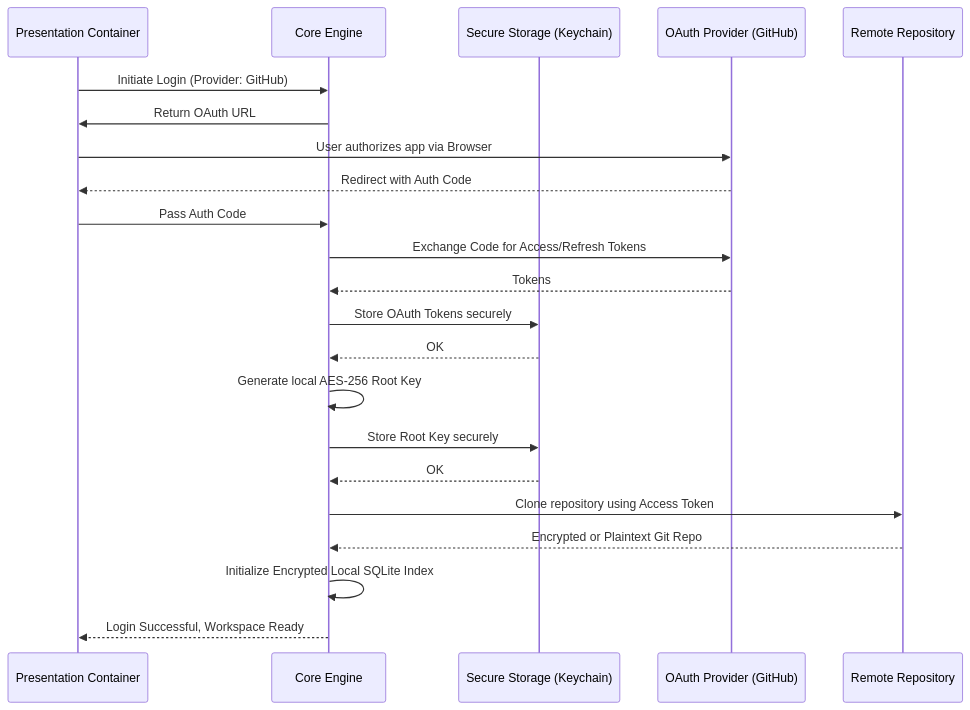
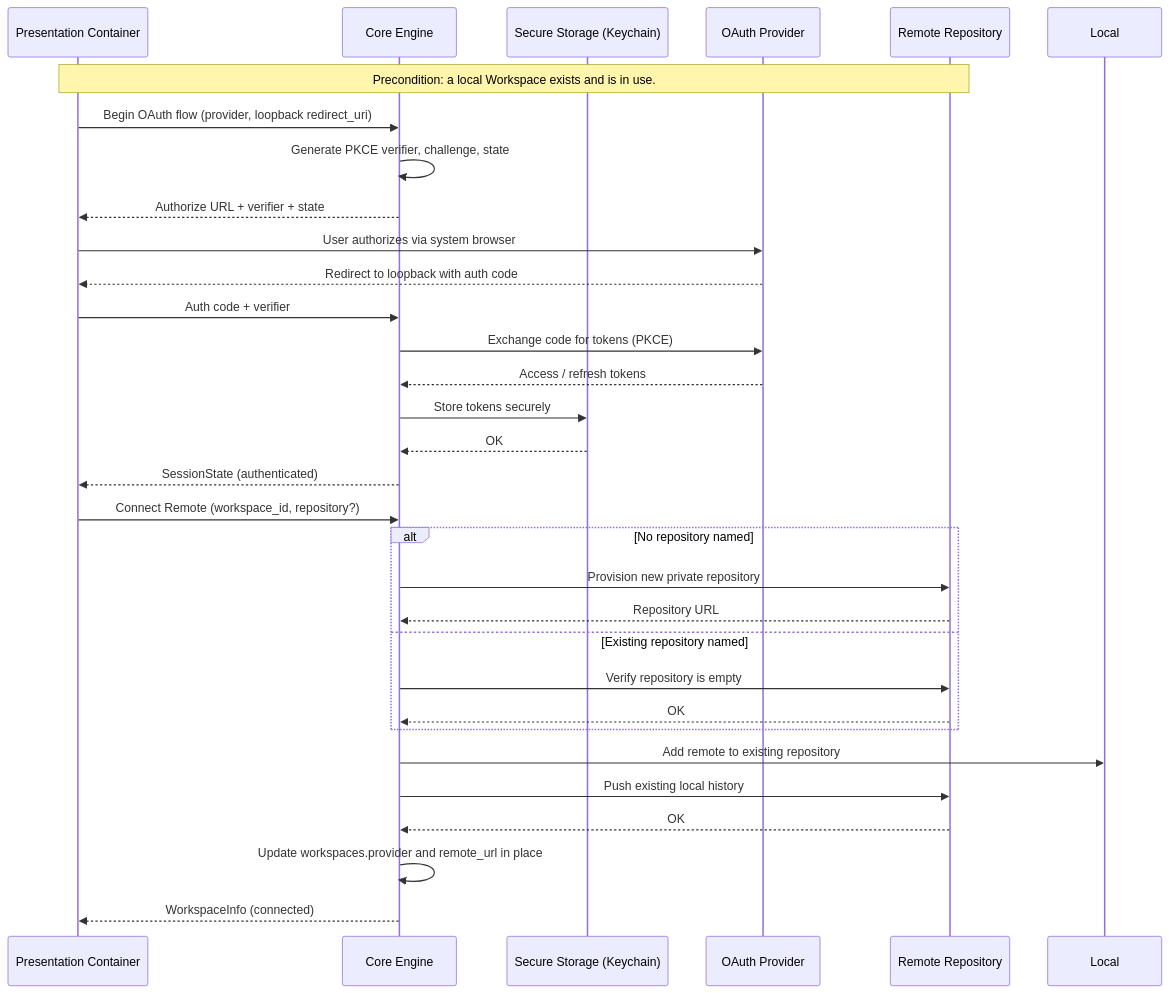
The diagram in .constitution/architecture/flows/flow-auth-handshake.md (SkrOYC/burlmd), drawn with Mermaid before and after one commit. The commit also changed other lines of this file and 36 other files, not shown here.

````diff
--- a/.constitution/architecture/flows/flow-auth-handshake.md
+++ b/.constitution/architecture/flows/flow-auth-handshake.md
@@ -5,30 +7,39 @@
 ```mermaid
 sequenceDiagram
     participant UI as Presentation Container
     participant Core as Core Engine
     participant OS as Secure Storage (Keychain)
-    participant OAuth as OAuth Provider (GitHub)
+    participant OAuth as OAuth Provider
     participant Remote as Remote Repository
 
-    UI->>Core: Initiate Login (Provider: GitHub)
-    Core->>UI: Return OAuth URL
-    UI->>OAuth: User authorizes app via Browser
-    OAuth-->>UI: Redirect with Auth Code
-    UI->>Core: Pass Auth Code
-    
-    Core->>OAuth: Exchange Code for Access/Refresh Tokens
-    OAuth-->>Core: Tokens
-    
-    Core->>OS: Store OAuth Tokens securely
+    Note over UI,Remote: Precondition: a local Workspace exists and is in use.
+
+    UI->>Core: Begin OAuth flow (provider, loopback redirect_uri)
+    Core->>Core: Generate PKCE verifier, challenge, state
+    Core-->>UI: Authorize URL + verifier + state
+
+    UI->>OAuth: User authorizes via system browser
+    OAuth-->>UI: Redirect to loopback with auth code
+    UI->>Core: Auth code + verifier
+
+    Core->>OAuth: Exchange code for tokens (PKCE)
+    OAuth-->>Core: Access / refresh tokens
+    Core->>OS: Store tokens securely
     OS-->>Core: OK
-    
-    Core->>Core: Generate local AES-256 Root Key
-    Core->>OS: Store Root Key securely
-    OS-->>Core: OK
-    
-    Core->>Remote: Clone repository using Access Token
-    Remote-->>Core: Encrypted or Plaintext Git Repo
-    
-    Core->>Core: Initialize Encrypted Local SQLite Index
-    Core-->>UI: Login Successful, Workspace Ready
+    Core-->>UI: SessionState (authenticated)
+
+    UI->>Core: Connect Remote (workspace_id, repository?)
+    alt No repository named
+        Core->>Remote: Provision new private repository
+        Remote-->>Core: Repository URL
+    else Existing repository named
+        Core->>Remote: Verify repository is empty
+        Remote-->>Core: OK
+    end
+
+    Core->>Local: Add remote to existing repository
+    Core->>Remote: Push existing local history
+    Remote-->>Core: OK
+    Core->>Core: Update workspaces.provider and remote_url in place
+    Core-->>UI: WorkspaceInfo (connected)
 ```
````
